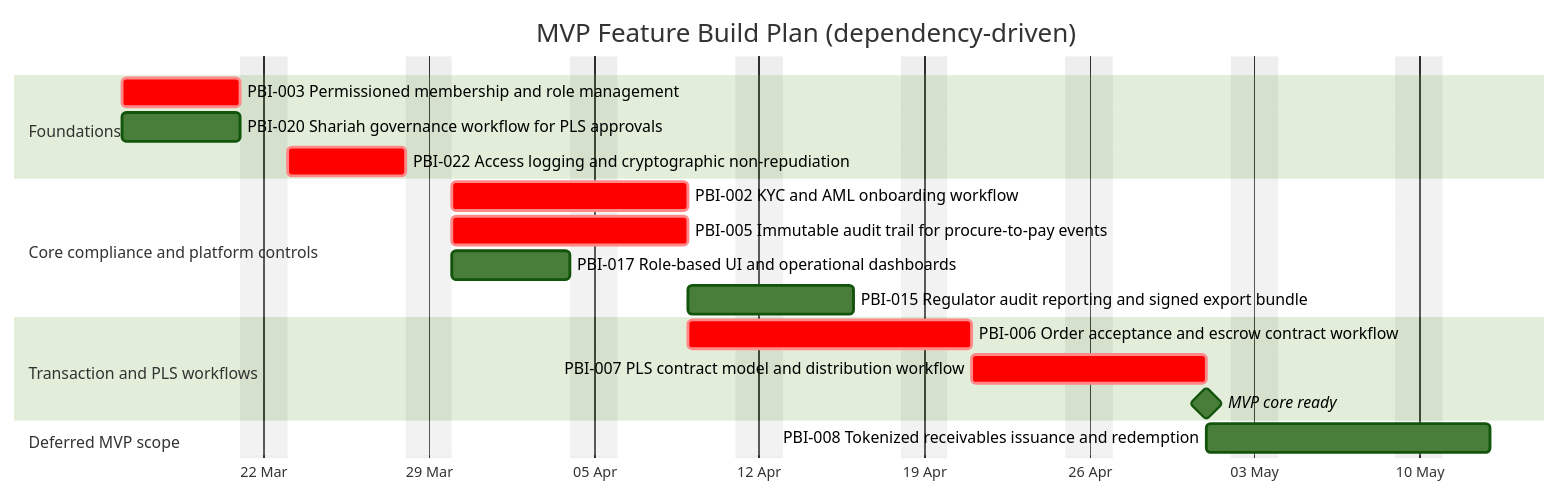
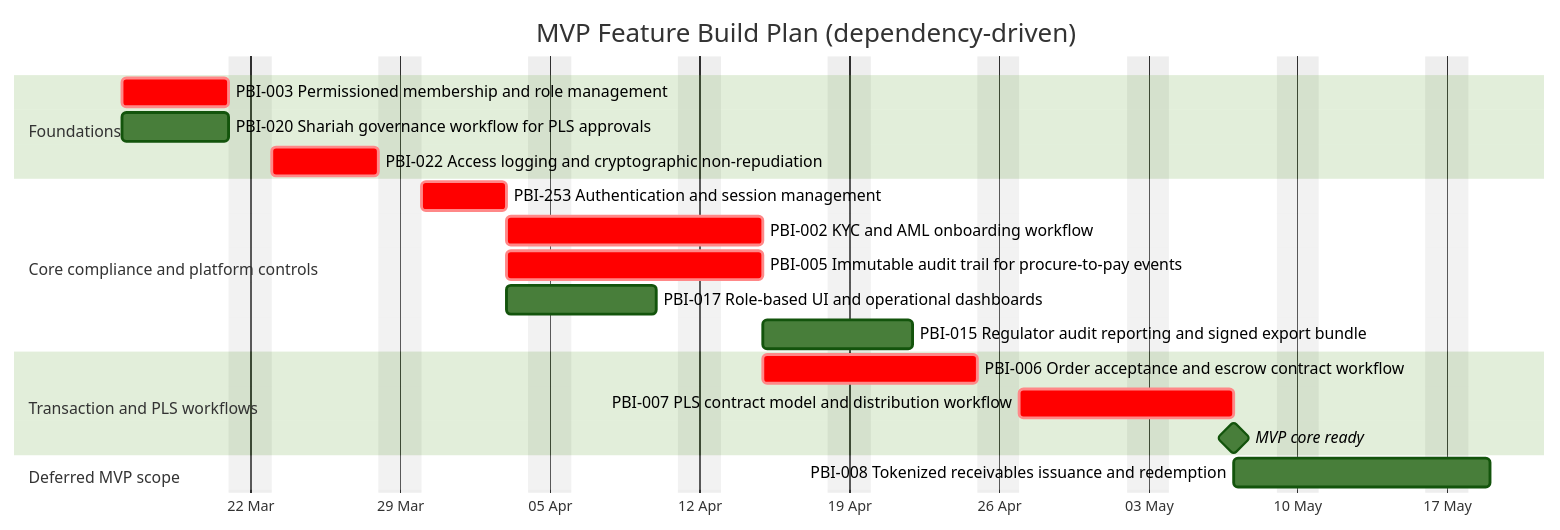
The diagram in backlog/plan.mermaid (raichiiiiiii/Blockchain-Based-E-Procurement-System), drawn with Mermaid (forest theme) before and after one commit.

Commit message:
update MVP plan with auth session gate

```diff
--- a/backlog/plan.mermaid
+++ b/backlog/plan.mermaid
@@ -1,24 +1,25 @@
 gantt
     title MVP Feature Build Plan (dependency-driven)
     dateFormat  YYYY-MM-DD
     axisFormat  %d %b
     excludes    weekends
 
     section Foundations
     PBI-003 Permissioned membership and role management :crit, pbi003, 2026-03-16, 5d
     PBI-020 Shariah governance workflow for PLS approvals :pbi020, 2026-03-16, 5d
     PBI-022 Access logging and cryptographic non-repudiation :crit, pbi022, after pbi003, 5d
 
     section Core compliance and platform controls
-    PBI-002 KYC and AML onboarding workflow :crit, pbi002, after pbi022, 8d
-    PBI-005 Immutable audit trail for procure-to-pay events :crit, pbi005, after pbi022, 8d
-    PBI-017 Role-based UI and operational dashboards :pbi017, after pbi022, 5d
+    PBI-253 Authentication and session management :crit, pbi253, after pbi022, 4d
+    PBI-002 KYC and AML onboarding workflow :crit, pbi002, after pbi253, 8d
+    PBI-005 Immutable audit trail for procure-to-pay events :crit, pbi005, after pbi253, 8d
+    PBI-017 Role-based UI and operational dashboards :pbi017, after pbi253, 5d
     PBI-015 Regulator audit reporting and signed export bundle :pbi015, after pbi005, 5d
 
     section Transaction and PLS workflows
     PBI-006 Order acceptance and escrow contract workflow :crit, pbi006, after pbi005, 8d
     PBI-007 PLS contract model and distribution workflow :crit, pbi007, after pbi006, 8d
     MVP core ready :milestone, mvpready, after pbi007, 0d
 
     section Deferred MVP scope
     PBI-008 Tokenized receivables issuance and redemption :pbi008, after pbi007, 8d
```
